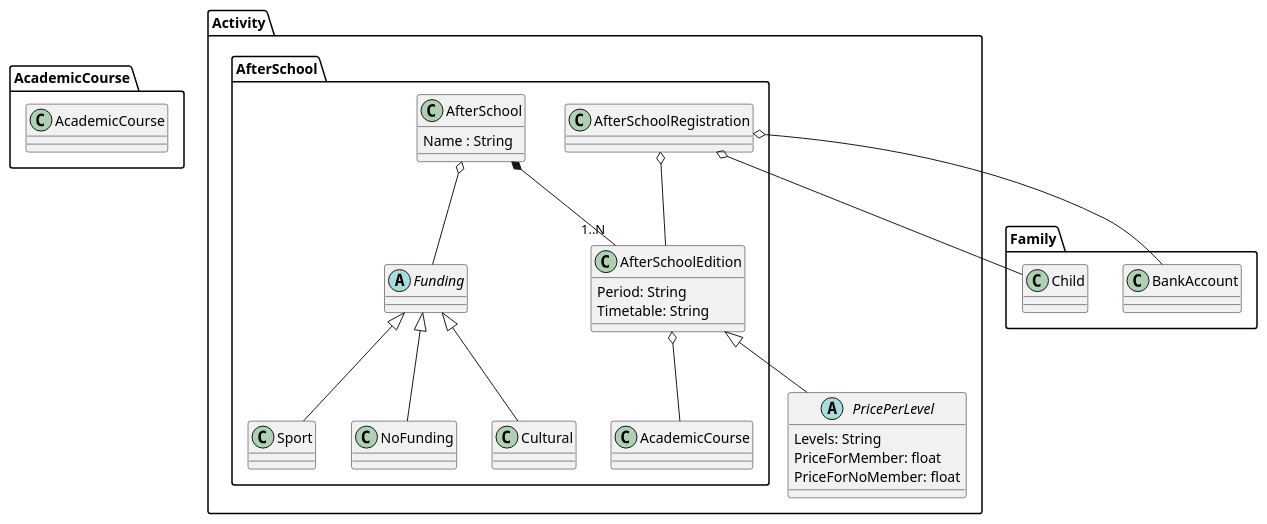
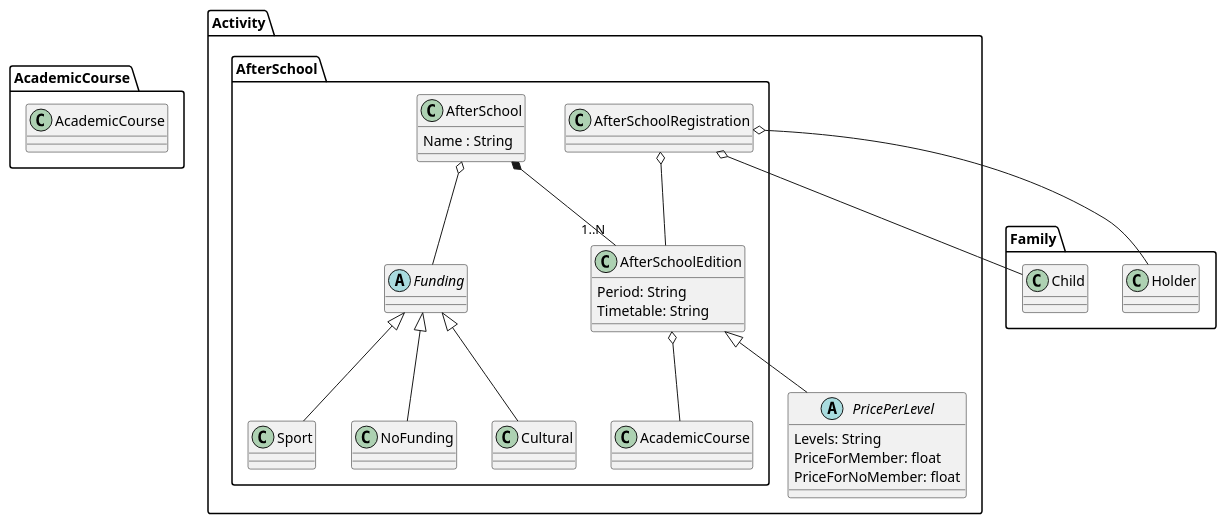
One commit to IgnacioMaestro/ampa-manager changed the diagram in doc/DomainModelDiagram/ActivityPackage/AfterSchool/AfterSchool.puml. Above: the diagram before and after it, drawn with PlantUML.

```diff
--- a/doc/DomainModelDiagram/ActivityPackage/AfterSchool/AfterSchool.puml
+++ b/doc/DomainModelDiagram/ActivityPackage/AfterSchool/AfterSchool.puml
@@ -1,47 +1,47 @@
 @startuml
 package AcademicCourse{
   class AcademicCourse
 }
 package Activity{
     package AfterSchool{
 
         class AfterSchool{
             Name : String
         }
         class AfterSchoolEdition{
             Period: String
             Timetable: String
         }
         class AfterSchoolRegistration
 
         AfterSchool *-- "1..N" AfterSchoolEdition: ""
         AfterSchoolEdition o-- AcademicCourse
 
         AfterSchoolRegistration o-- AfterSchoolEdition
 
         abstract class Funding
         class Cultural
         class Sport
         class NoFunding
         Funding <|-- Cultural
         Funding <|-- Sport
         Funding <|-- NoFunding
 
           AfterSchool o-- Funding
     }
     abstract class PricePerLevel{
         Levels: String
         PriceForMember: float
         PriceForNoMember: float
     }
 
     AfterSchoolEdition <|-- PricePerLevel
 }
 package Family{
     class Child
-    class BankAccount
+    class Holder
 }
 AfterSchoolRegistration o-- Child
-AfterSchoolRegistration o-- BankAccount
+AfterSchoolRegistration o-- Holder
 
 @enduml
```
